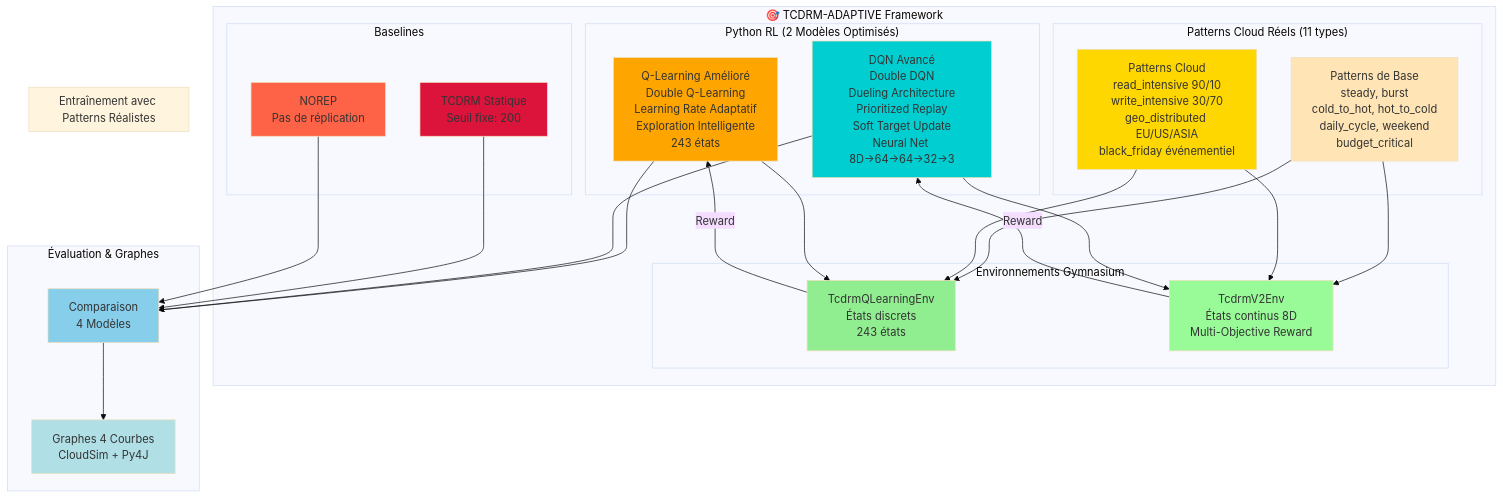
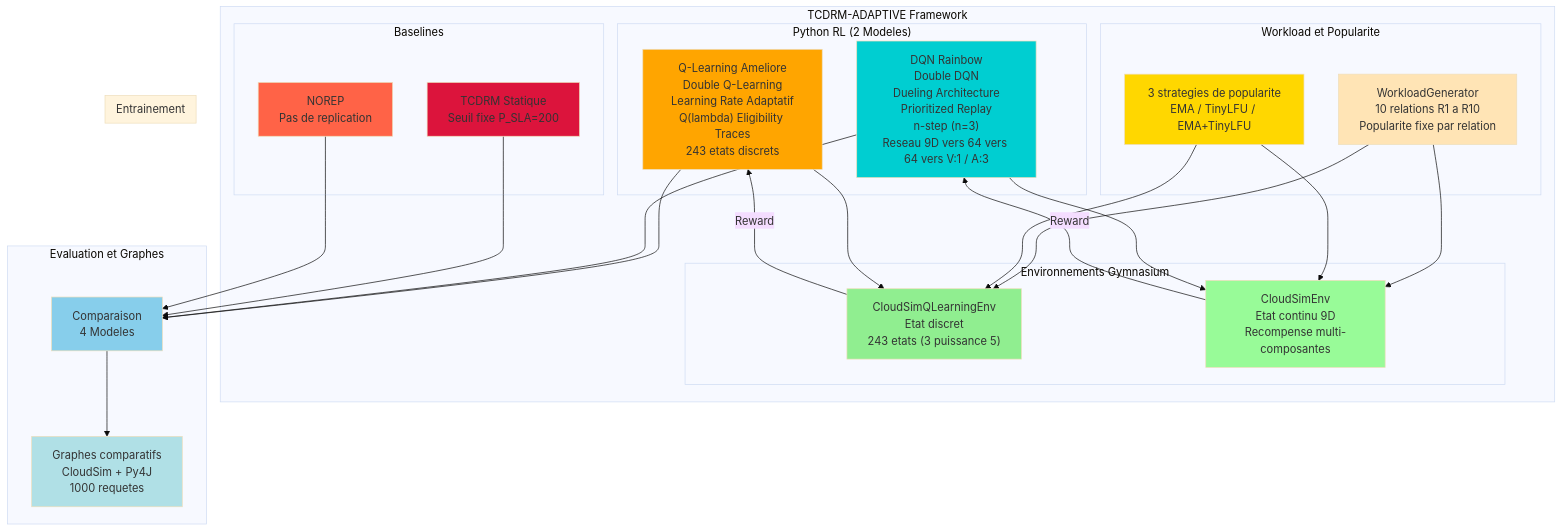
One commit to valdoth/tcdm-adaptive changed the first of 10 diagrams in docs/workflow_diagrams_2024.md. Above: the diagram before and after it, drawn with Mermaid (base theme). The commit also changed other lines of this file and 84 other files, not shown here.

````diff
--- a/docs/workflow_diagrams_2024.md
+++ b/docs/workflow_diagrams_2024.md
@@ -5,55 +12,55 @@
 ```mermaid
 graph TB
-    subgraph "🎯 TCDRM-ADAPTIVE Framework"
-        subgraph "Python RL (2 Modèles Optimisés)"
-            QL[Q-Learning Amélioré<br/>Double Q-Learning<br/>Learning Rate Adaptatif<br/>Exploration Intelligente<br/>243 états]
-            DQN[DQN Avancé<br/>Double DQN<br/>Dueling Architecture<br/>Prioritized Replay<br/>Soft Target Update<br/>Neural Net 8D→64→64→32→3]
+    subgraph "TCDRM-ADAPTIVE Framework"
+        subgraph "Python RL (2 Modeles)"
+            QL["Q-Learning Ameliore<br/>Double Q-Learning<br/>Learning Rate Adaptatif<br/>Q(lambda) Eligibility Traces<br/>243 etats discrets"]
+            DQN["DQN Rainbow<br/>Double DQN<br/>Dueling Architecture<br/>Prioritized Replay<br/>n-step (n=3)<br/>Reseau 9D vers 64 vers 64 vers V:1 / A:3"]
         end
-        
+
         subgraph "Environnements Gymnasium"
-            ENV_QL[TcdrmQLearningEnv<br/>États discrets<br/>243 états]
-            ENV_DQN[TcdrmV2Env<br/>États continus 8D<br/>Multi-Objective Reward]
+            ENV_QL["CloudSimQLearningEnv<br/>Etat discret<br/>243 etats (3 puissance 5)"]
+            ENV_DQN["CloudSimEnv<br/>Etat continu 9D<br/>Recompense multi-composantes"]
         end
-        
-        subgraph "Patterns Cloud Réels (11 types)"
-            P1[Patterns de Base<br/>steady, burst<br/>cold_to_hot, hot_to_cold<br/>daily_cycle, weekend<br/>budget_critical]
-            P2[Patterns Cloud<br/>read_intensive 90/10<br/>write_intensive 30/70<br/>geo_distributed EU/US/ASIA<br/>black_friday événementiel]
+
+        subgraph "Workload et Popularite"
+            WG["WorkloadGenerator<br/>10 relations R1 a R10<br/>Popularite fixe par relation"]
+            POP["3 strategies de popularite<br/>EMA / TinyLFU / EMA+TinyLFU"]
         end
-        
+
         subgraph "Baselines"
-            TCDRM[TCDRM Statique<br/>Seuil fixe: 200]
-            NOREP[NOREP<br/>Pas de réplication]
+            TCDRM["TCDRM Statique<br/>Seuil fixe P_SLA=200"]
+            NOREP["NOREP<br/>Pas de replication"]
         end
     end
-    
-    subgraph "Entraînement avec Patterns Réalistes"
-        P1 --> ENV_QL
-        P2 --> ENV_QL
-        P1 --> ENV_DQN
-        P2 --> ENV_DQN
-        
+
+    subgraph "Entrainement"
+        WG --> ENV_QL
+        WG --> ENV_DQN
+        POP --> ENV_QL
+        POP --> ENV_DQN
+
         QL --> ENV_QL
         DQN --> ENV_DQN
-        ENV_QL --> |Reward| QL
-        ENV_DQN --> |Reward| DQN
+        ENV_QL -->|Reward| QL
+        ENV_DQN -->|Reward| DQN
     end
-    
-    subgraph "Évaluation & Graphes"
-        QL --> COMP[Comparaison<br/>4 Modèles]
+
+    subgraph "Evaluation et Graphes"
+        QL --> COMP["Comparaison<br/>4 Modeles"]
         DQN --> COMP
         TCDRM --> COMP
         NOREP --> COMP
-        COMP --> GRAPHS[Graphes 4 Courbes<br/>CloudSim + Py4J]
+        COMP --> GRAPHS["Graphes comparatifs<br/>CloudSim + Py4J<br/>1000 requetes"]
     end
-    
+
     style QL fill:#FFA500
     style DQN fill:#00CED1
     style TCDRM fill:#DC143C
     style NOREP fill:#FF6347
     style ENV_QL fill:#90EE90
     style ENV_DQN fill:#98FB98
-    style P1 fill:#FFE4B5
-    style P2 fill:#FFD700
+    style WG fill:#FFE4B5
+    style POP fill:#FFD700
     style COMP fill:#87CEEB
     style GRAPHS fill:#B0E0E6
 ```
````
